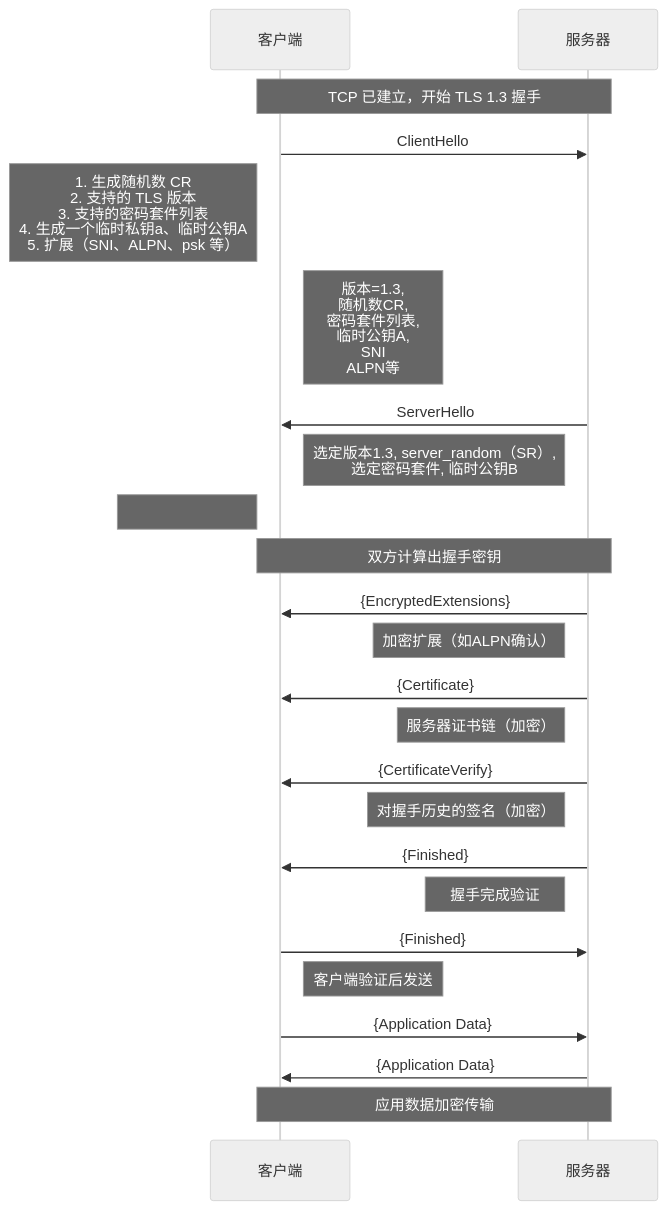
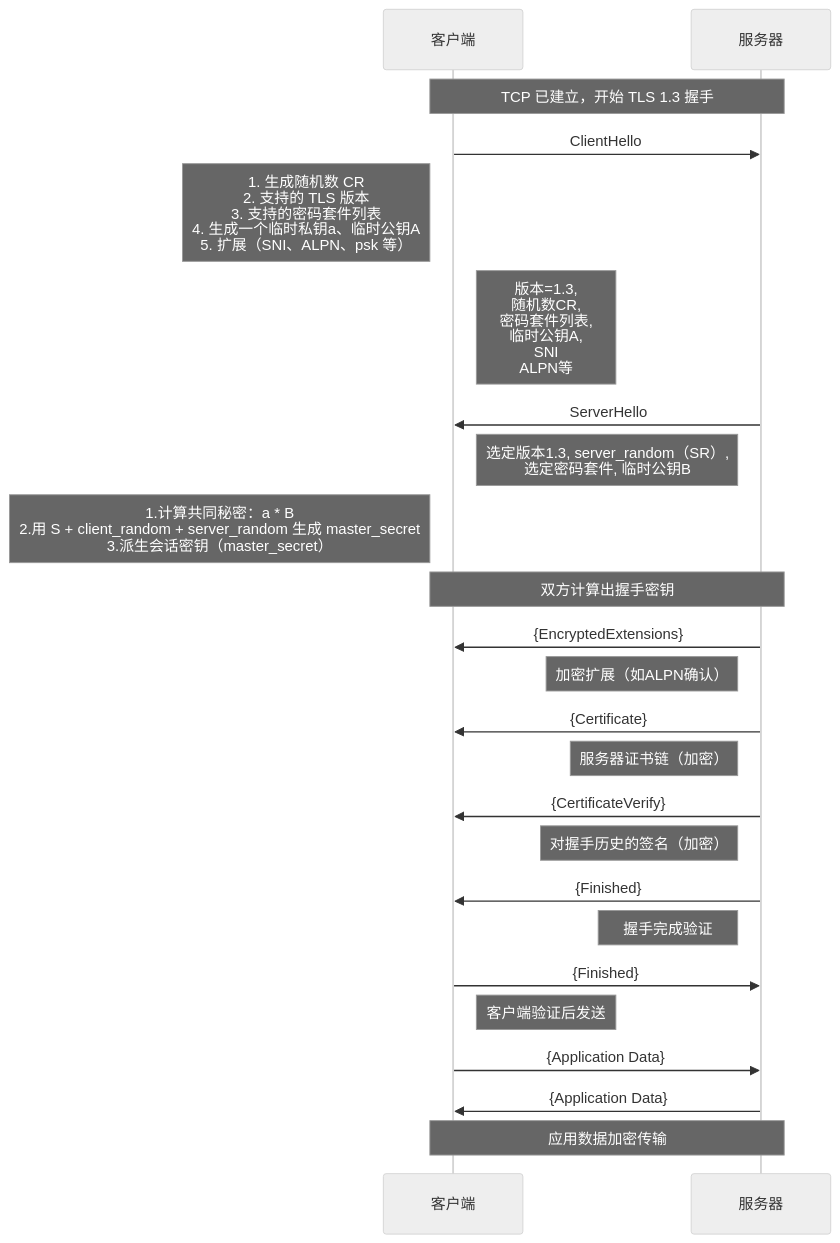
One commit to HY-10-8/iodraw-files changed the diagram in all/TLS-1.3-通用.md. Above: the diagram before and after it, drawn with Mermaid (neutral theme).

Commit message:
2026-03-30 18:00:11 update

````diff
--- a/all/TLS-1.3-通用.md
+++ b/all/TLS-1.3-通用.md
@@ -1,36 +1,36 @@
 ```mermaid
 sequenceDiagram
     participant C as 客户端
     participant S as 服务器
 
     Note over C,S: TCP 已建立，开始 TLS 1.3 握手
 
     C->>S: ClientHello
     Note left of C: 1. 生成随机数 CR<br/> 2. 支持的 TLS 版本<br/> 3. 支持的密码套件列表<br/> 4. 生成一个临时私钥a、临时公钥A<br/> 5. 扩展（SNI、ALPN、psk 等）
     Note right of C: 版本=1.3,<br/> 随机数CR,<br/> 密码套件列表,<br/> 临时公钥A,<br/> SNI<br/> ALPN等
 
     S->>C: ServerHello
     Note left of S: 选定版本1.3, server_random（SR）,<br/> 选定密码套件, 临时公钥B
-    Note left of C: 
+    Note left of C: 1.计算共同秘密：a * B<br/> 2.用 S + client_random + server_random 生成 master_secret<br/> 3.派生会话密钥（master_secret）
 
     Note over C,S: 双方计算出握手密钥
 
     S->>C: {EncryptedExtensions}
     Note left of S: 加密扩展（如ALPN确认）
 
     S->>C: {Certificate}
     Note left of S: 服务器证书链（加密）
 
     S->>C: {CertificateVerify}
     Note left of S: 对握手历史的签名（加密）
 
     S->>C: {Finished}
     Note left of S: 握手完成验证
 
     C->>S: {Finished}
     Note right of C: 客户端验证后发送
 
     C->>S: {Application Data}
     S->>C: {Application Data}
     Note over C,S: 应用数据加密传输
 ```
````
